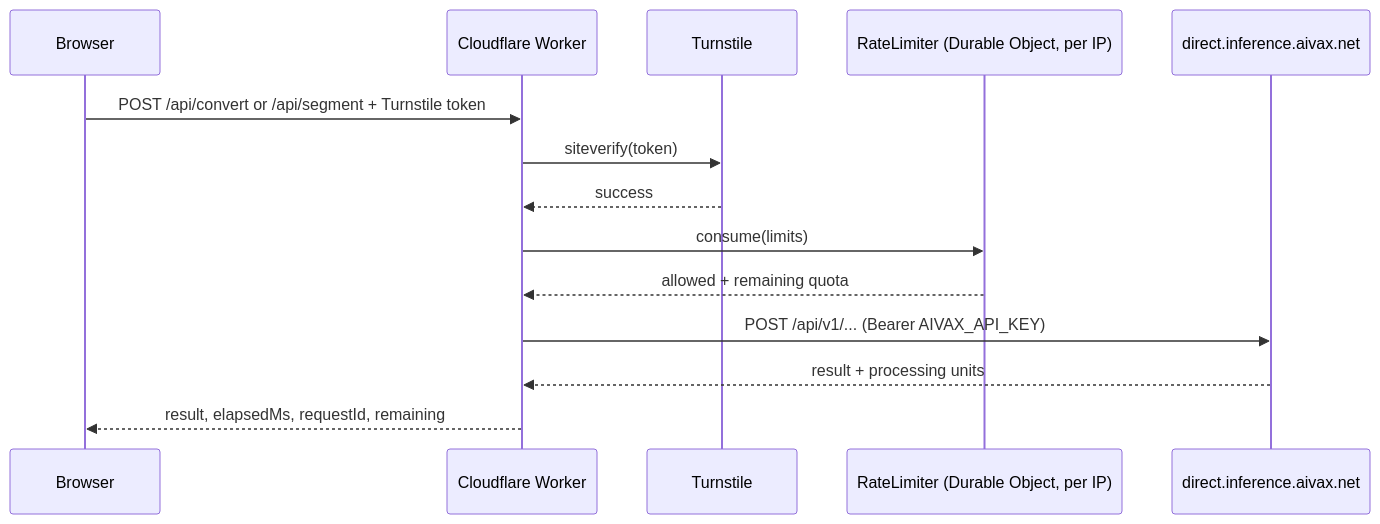
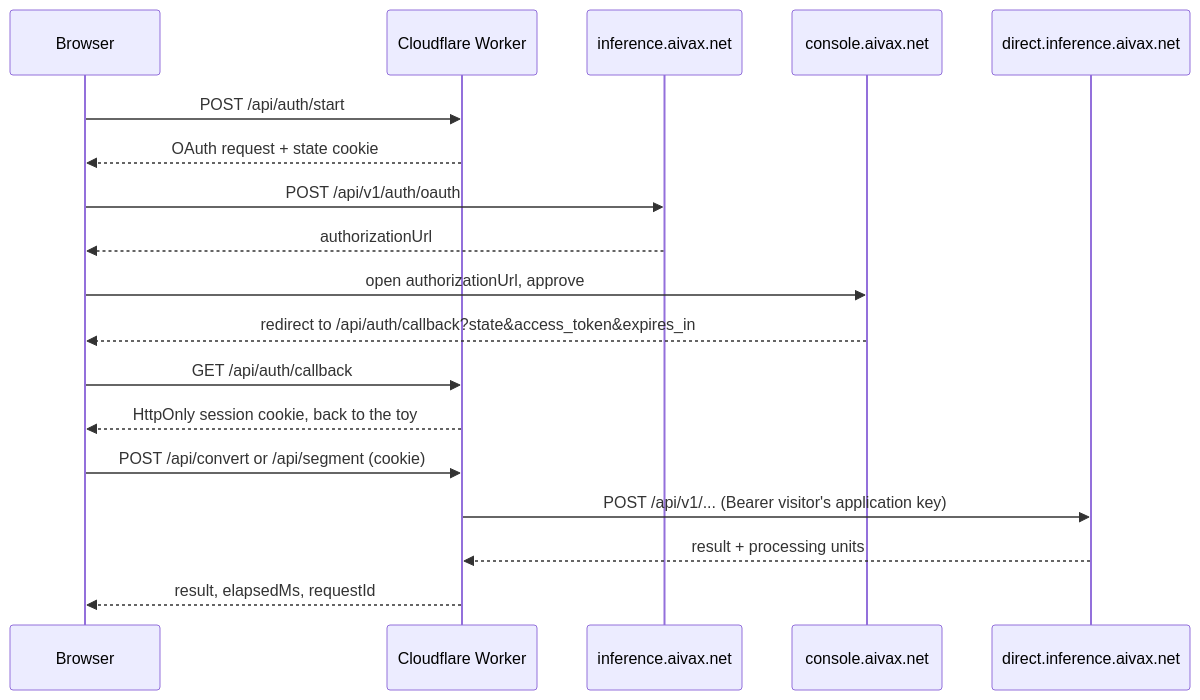
One commit to aivaxlabs/toys changed the diagram in README.md. Above: the diagram before and after it, drawn with Mermaid. The commit also changed other lines of this file and 1 other file, not shown here.

Commit message:
docs: describe the OAuth sign-in and account billing

````diff
--- a/README.md
+++ b/README.md
@@ -36,17 +36,21 @@
 ```mermaid
 sequenceDiagram
     participant B as Browser
     participant W as Cloudflare Worker
-    participant T as Turnstile
-    participant D as RateLimiter (Durable Object, per IP)
+    participant O as inference.aivax.net
+    participant C as console.aivax.net
     participant A as direct.inference.aivax.net
 
-    B->>W: POST /api/convert or /api/segment + Turnstile token
-    W->>T: siteverify(token)
-    T-->>W: success
-    W->>D: consume(limits)
-    D-->>W: allowed + remaining quota
-    W->>A: POST /api/v1/... (Bearer AIVAX_API_KEY)
+    B->>W: POST /api/auth/start
+    W-->>B: OAuth request + state cookie
+    B->>O: POST /api/v1/auth/oauth
+    O-->>B: authorizationUrl
+    B->>C: open authorizationUrl, approve
+    C-->>B: redirect to /api/auth/callback?state&access_token&expires_in
+    B->>W: GET /api/auth/callback
+    W-->>B: HttpOnly session cookie, back to the toy
+    B->>W: POST /api/convert or /api/segment (cookie)
+    W->>A: POST /api/v1/... (Bearer visitor's application key)
     A-->>W: result + processing units
-    W-->>B: result, elapsedMs, requestId, remaining
+    W-->>B: result, elapsedMs, requestId
 ```
````
